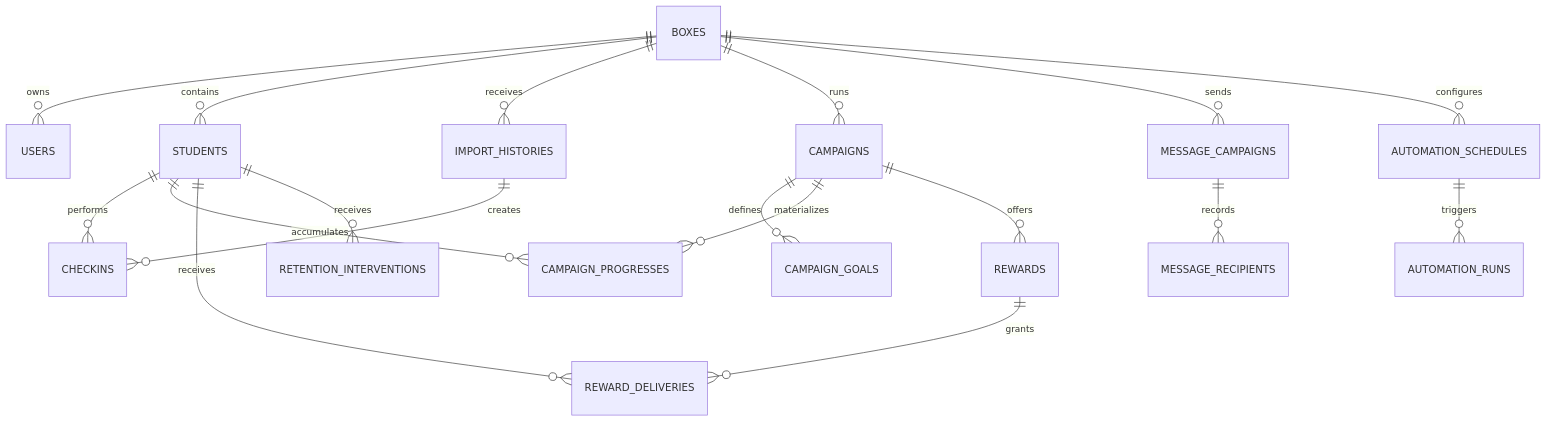
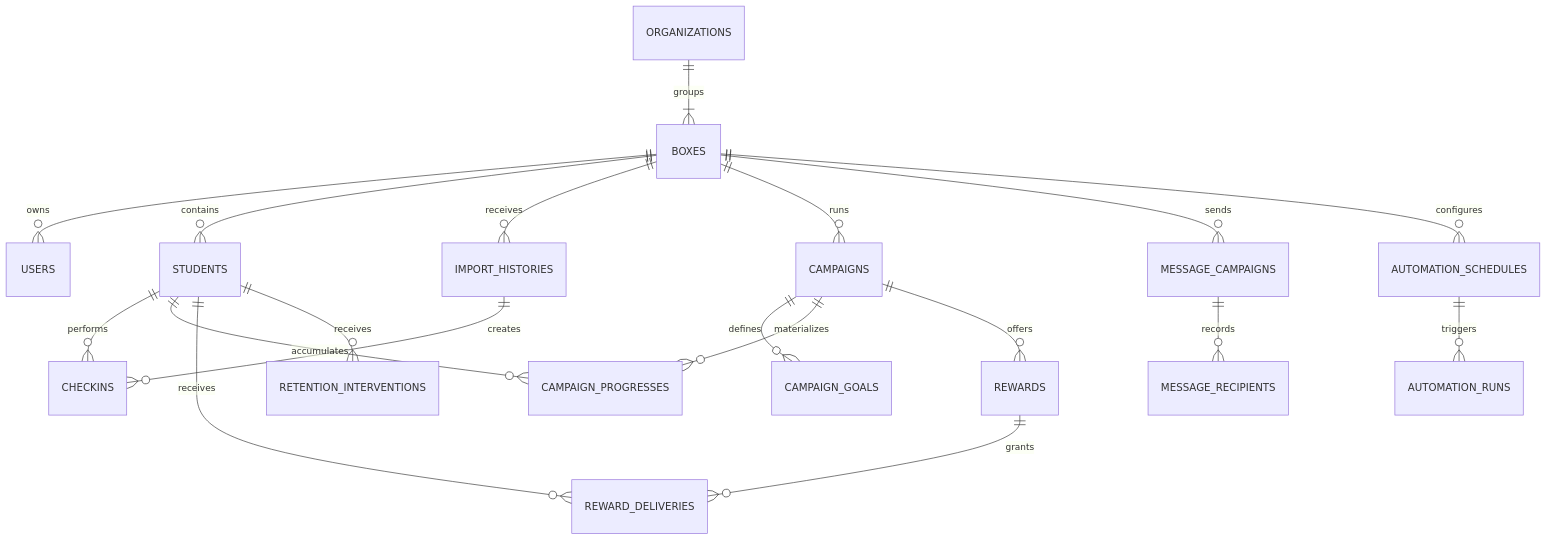
One commit to rodrigueslp/engage-fit-be changed the third of 5 diagrams in docs/system-design.md. Above: the diagram before and after it, drawn with Mermaid. The commit also changed other lines of this file and 13 other files, not shown here.

````diff
--- a/docs/system-design.md
+++ b/docs/system-design.md
@@ -297,20 +308,21 @@
 ```mermaid
 erDiagram
+    ORGANIZATIONS ||--|{ BOXES : groups
     BOXES ||--o{ USERS : owns
     BOXES ||--o{ STUDENTS : contains
     BOXES ||--o{ IMPORT_HISTORIES : receives
     IMPORT_HISTORIES ||--o{ CHECKINS : creates
     STUDENTS ||--o{ CHECKINS : performs
     BOXES ||--o{ CAMPAIGNS : runs
     CAMPAIGNS ||--o{ CAMPAIGN_GOALS : defines
     CAMPAIGNS ||--o{ CAMPAIGN_PROGRESSES : materializes
     STUDENTS ||--o{ CAMPAIGN_PROGRESSES : accumulates
     CAMPAIGNS ||--o{ REWARDS : offers
     REWARDS ||--o{ REWARD_DELIVERIES : grants
     STUDENTS ||--o{ REWARD_DELIVERIES : receives
     BOXES ||--o{ MESSAGE_CAMPAIGNS : sends
     MESSAGE_CAMPAIGNS ||--o{ MESSAGE_RECIPIENTS : records
     BOXES ||--o{ AUTOMATION_SCHEDULES : configures
     AUTOMATION_SCHEDULES ||--o{ AUTOMATION_RUNS : triggers
     STUDENTS ||--o{ RETENTION_INTERVENTIONS : receives
 ```
````
